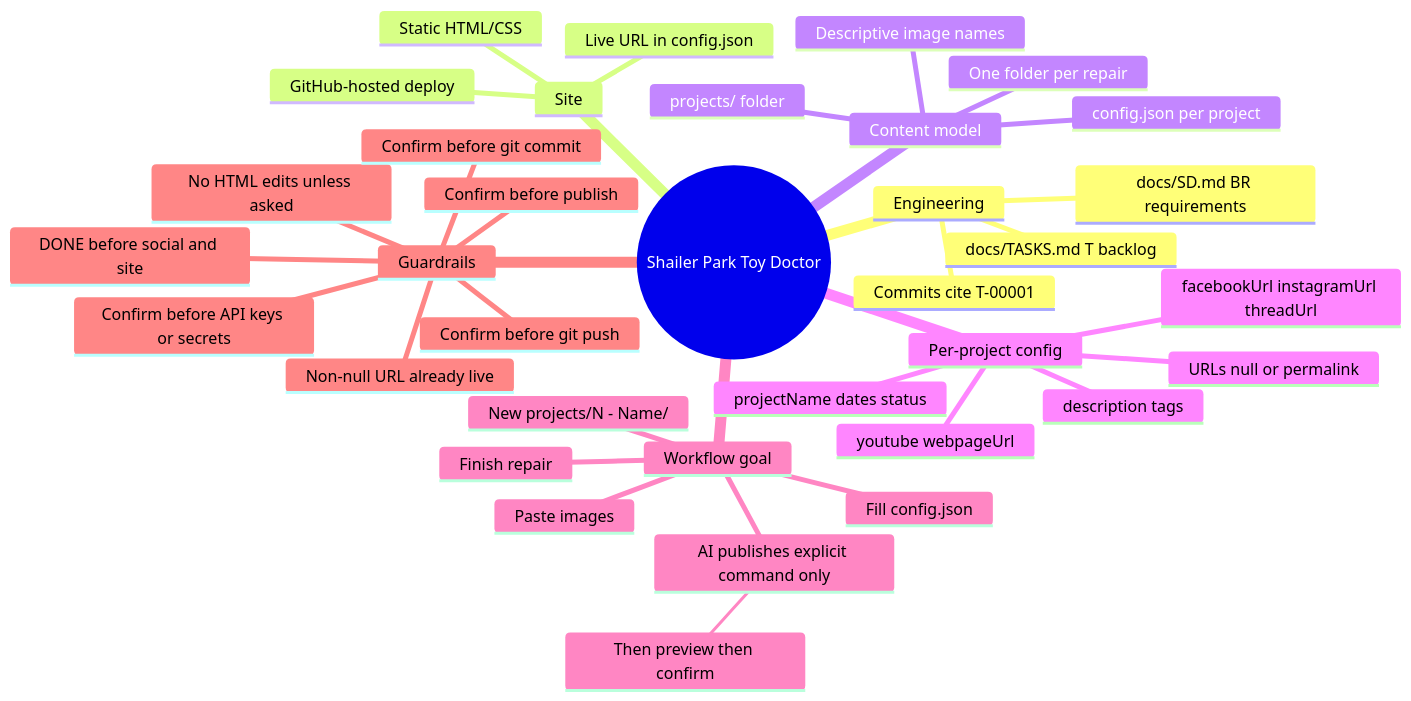
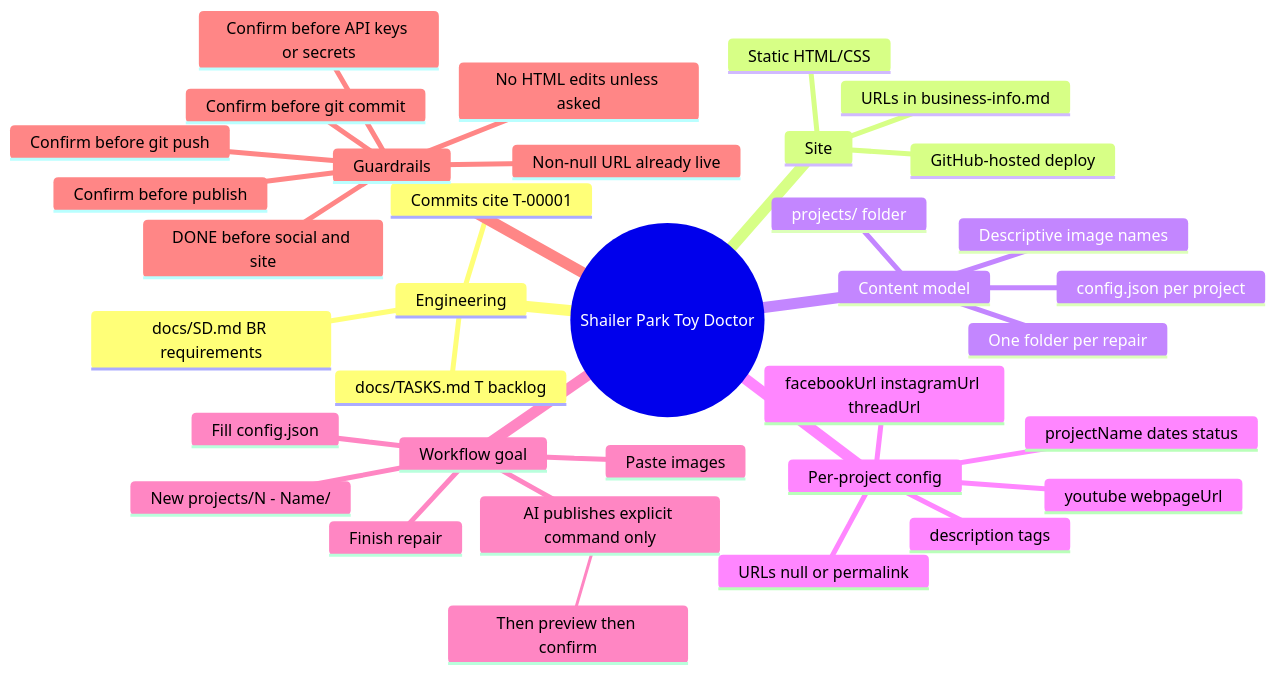
One commit to devonpis/shailerparktoydoctor changed the diagram in README.md. Above: the diagram before and after it, drawn with Mermaid. The commit also changed other lines of this file and 5 other files, not shown here.

First line of the commit message:
T-00008: Complete business-info doc and remove root config.json.

````diff
--- a/README.md
+++ b/README.md
@@ -11,38 +11,38 @@
 ```mermaid
 mindmap
   root((Shailer Park Toy Doctor))
     Engineering
       docs/SD.md BR requirements
       docs/TASKS.md T backlog
       Commits cite T-00001
     Site
       Static HTML/CSS
       GitHub-hosted deploy
-      Live URL in config.json
+      URLs in business-info.md
     Content model
       projects/ folder
       One folder per repair
       config.json per project
       Descriptive image names
     Per-project config
       projectName dates status
       description tags
       URLs null or permalink
       facebookUrl instagramUrl threadUrl
       youtube webpageUrl
     Workflow goal
       Finish repair
       New projects/N - Name/
       Paste images
       Fill config.json
       AI publishes explicit command only
         Then preview then confirm
     Guardrails
       DONE before social and site
       No HTML edits unless asked
       Non-null URL already live
       Confirm before publish
       Confirm before API keys or secrets
       Confirm before git commit
       Confirm before git push
 ```
````
